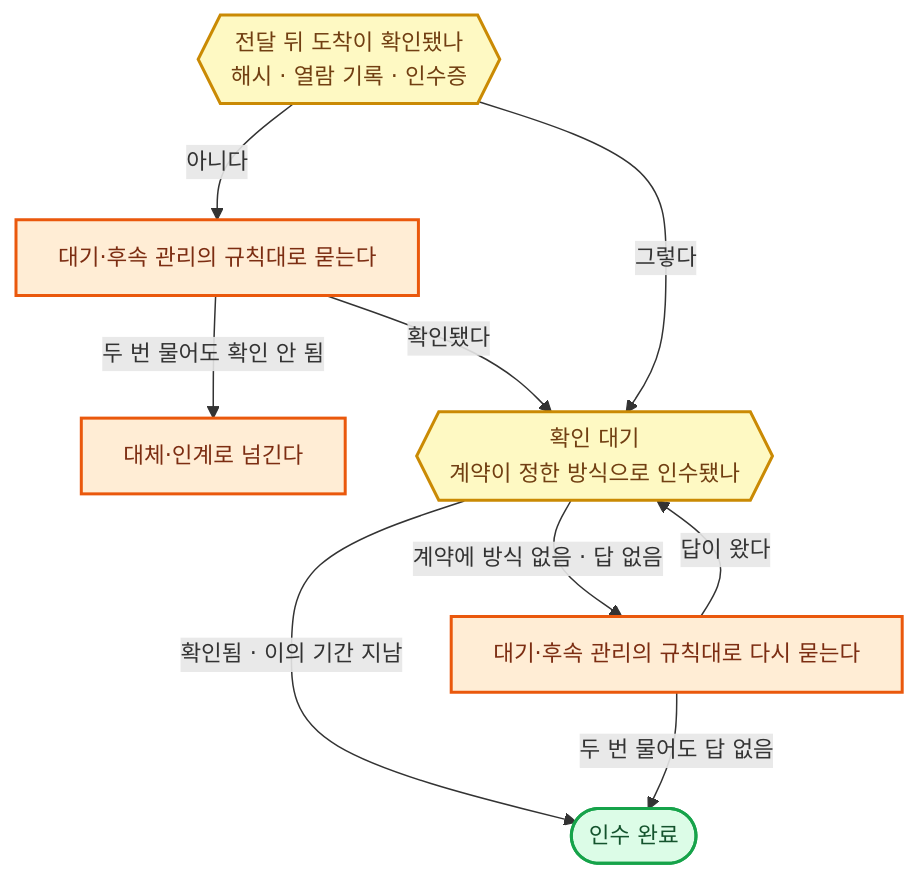
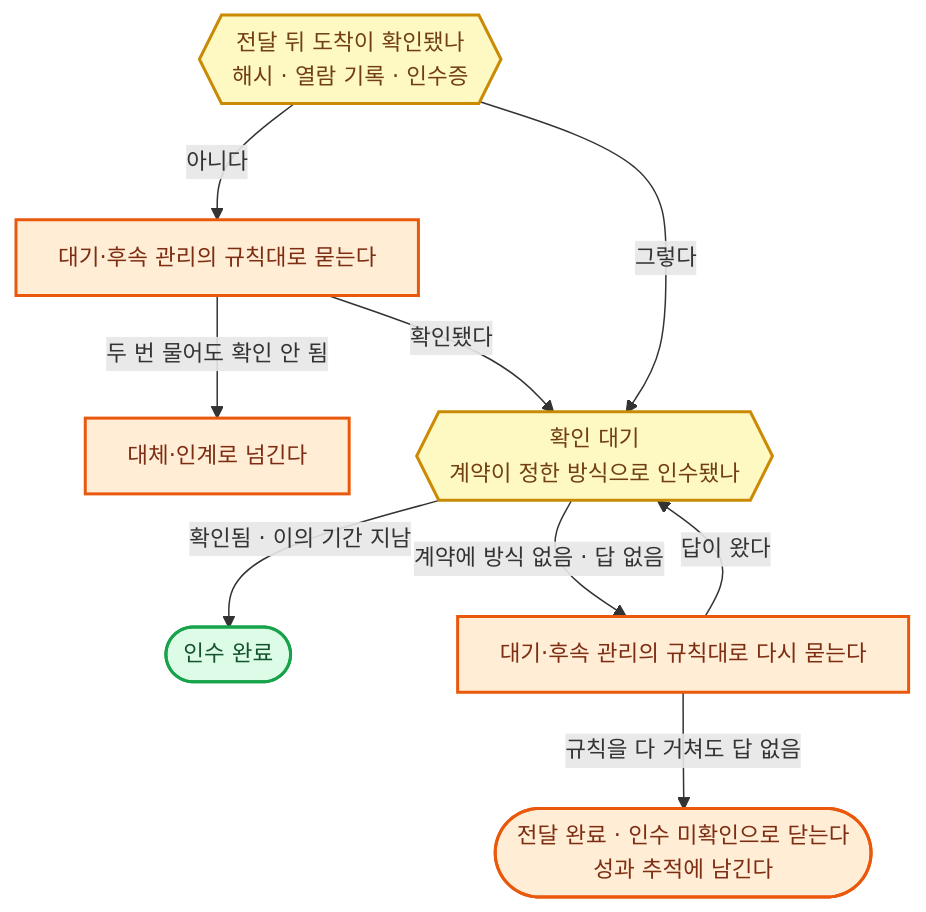
Diagram 23 of 27 in 전문가 에이전트 정의 2.md (harisbaguette/expert), drawn with Mermaid before and after one commit. The commit also changed other lines of this file, not shown here.

````diff
--- a/전문가 에이전트 정의 2.md
+++ b/전문가 에이전트 정의 2.md
@@ -2556,13 +2563,13 @@
 ```mermaid
 %%{init: {"flowchart": {"wrappingWidth": 640, "curve": "basis", "nodeSpacing": 45, "rankSpacing": 55, "padding": 14, "useMaxWidth": true}, "themeVariables": {"fontSize": "15px"}} }%%
 flowchart TB
     SENT{{"전달 뒤 도착이 확인됐나<br/>해시 · 열람 기록 · 인수증"}}:::note -- "아니다" --> A1["대기·후속 관리의 규칙대로 묻는다"]:::back -- "두 번 물어도 확인 안 됨" --> ALT["대체·인계로 넘긴다"]:::back
     A1 -- "확인됐다" --> WAIT
     SENT -- "그렇다" --> WAIT{{"확인 대기<br/>계약이 정한 방식으로 인수됐나"}}:::note -- "확인됨 · 이의 기간 지남" --> DONE(["인수 완료"]):::good
     WAIT -- "계약에 방식 없음 · 답 없음" --> ASK["대기·후속 관리의 규칙대로 다시 묻는다"]:::back
     ASK -- "답이 왔다" --> WAIT
-    ASK -- "두 번 물어도 답 없음" --> DONE
+    ASK -- "규칙을 다 거쳐도 답 없음" --> NOACK(["전달 완료 · 인수 미확인으로 닫는다<br/>성과 추적에 남긴다"]):::back
     classDef back fill:#ffedd5,stroke:#ea580c,stroke-width:2px,color:#7c2d12
     classDef good fill:#dcfce7,stroke:#16a34a,stroke-width:2px,color:#14532d
     classDef note fill:#fef9c3,stroke:#ca8a04,stroke-width:2px,color:#713f12
 ```
````
